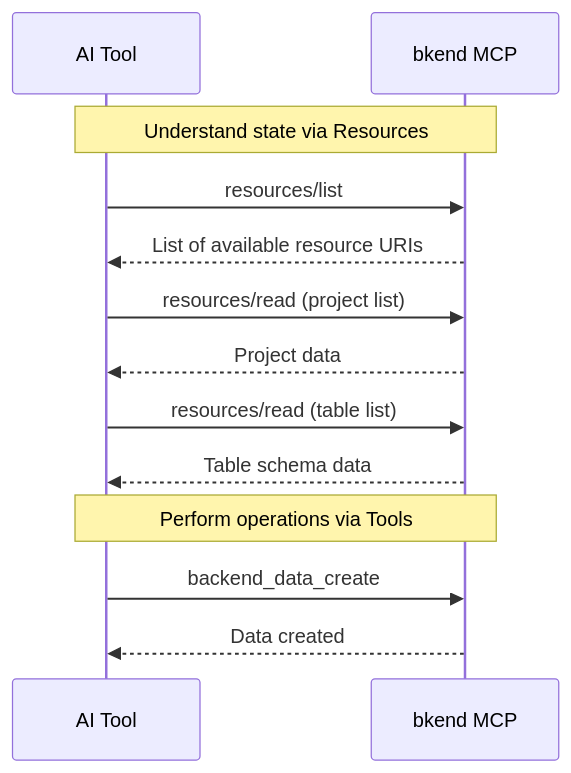
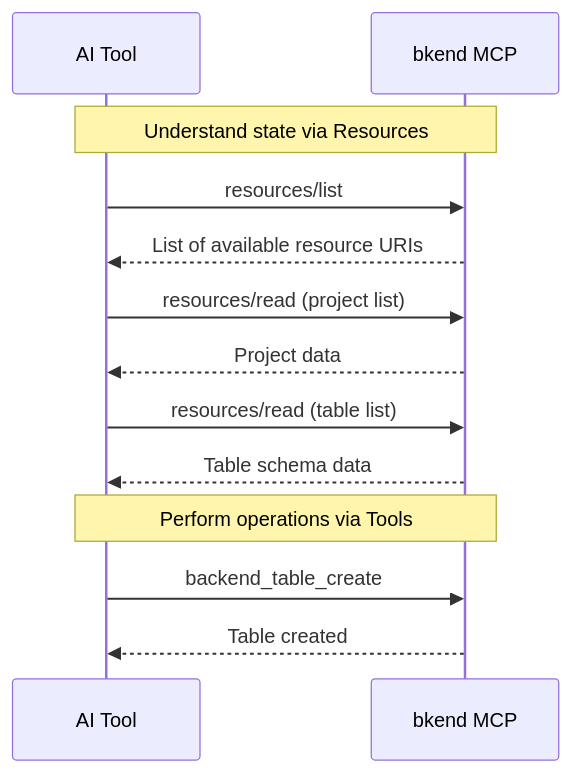
One commit to popup-studio-ai/bkend-docs changed the second of 2 diagrams in en/mcp/08-resources.md. Above: the diagram before and after it, drawn with Mermaid. The commit also changed other lines of this file and 424 other files, not shown here.

````diff
--- a/en/mcp/08-resources.md
+++ b/en/mcp/08-resources.md
@@ -155,19 +178,19 @@
 ```mermaid
 sequenceDiagram
     participant AI as AI Tool
     participant MCP as bkend MCP
 
     Note over AI,MCP: Understand state via Resources
     AI->>MCP: resources/list
     MCP-->>AI: List of available resource URIs
 
     AI->>MCP: resources/read (project list)
     MCP-->>AI: Project data
 
     AI->>MCP: resources/read (table list)
     MCP-->>AI: Table schema data
 
     Note over AI,MCP: Perform operations via Tools
-    AI->>MCP: backend_data_create
-    MCP-->>AI: Data created
+    AI->>MCP: backend_table_create
+    MCP-->>AI: Table created
 ```
````
